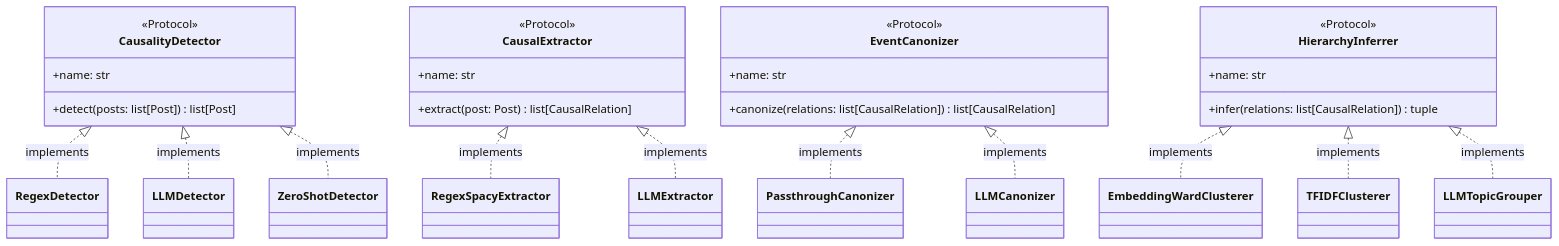
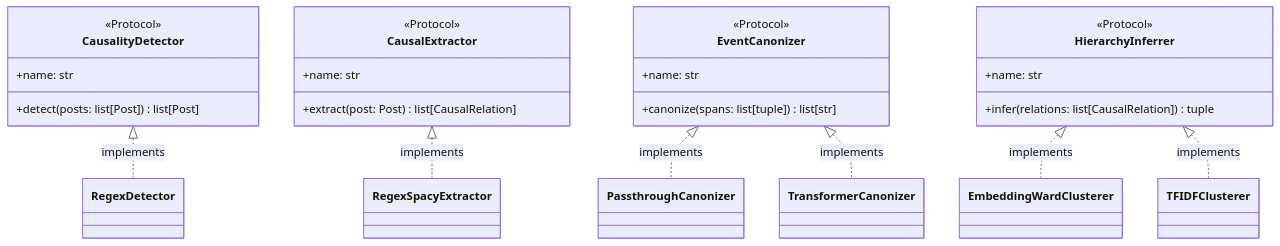
One commit to TheMrSheldon/causalgraph changed the fourth of 7 diagrams in docs/architecture.md. Above: the diagram before and after it, drawn with Mermaid. The commit also changed other lines of this file and 6 other files, not shown here.

````diff
--- a/docs/architecture.md
+++ b/docs/architecture.md
@@ -165,40 +164,36 @@
 ```mermaid
 classDiagram
     class CausalityDetector {
         <<Protocol>>
         +detect(posts: list[Post]) list[Post]
         +name: str
     }
 
     class CausalExtractor {
         <<Protocol>>
         +extract(post: Post) list[CausalRelation]
         +name: str
     }
 
     class EventCanonizer {
         <<Protocol>>
-        +canonize(relations: list[CausalRelation]) list[CausalRelation]
+        +canonize(spans: list[tuple]) list[str]
         +name: str
     }
 
     class HierarchyInferrer {
         <<Protocol>>
         +infer(relations: list[CausalRelation]) tuple
         +name: str
     }
 
     CausalityDetector <|.. RegexDetector : implements
-    CausalityDetector <|.. LLMDetector : implements
-    CausalityDetector <|.. ZeroShotDetector : implements
 
     CausalExtractor <|.. RegexSpacyExtractor : implements
-    CausalExtractor <|.. LLMExtractor : implements
 
     EventCanonizer <|.. PassthroughCanonizer : implements
-    EventCanonizer <|.. LLMCanonizer : implements
+    EventCanonizer <|.. TransformerCanonizer : implements
 
     HierarchyInferrer <|.. EmbeddingWardClusterer : implements
     HierarchyInferrer <|.. TFIDFClusterer : implements
-    HierarchyInferrer <|.. LLMTopicGrouper : implements
 ```
````
